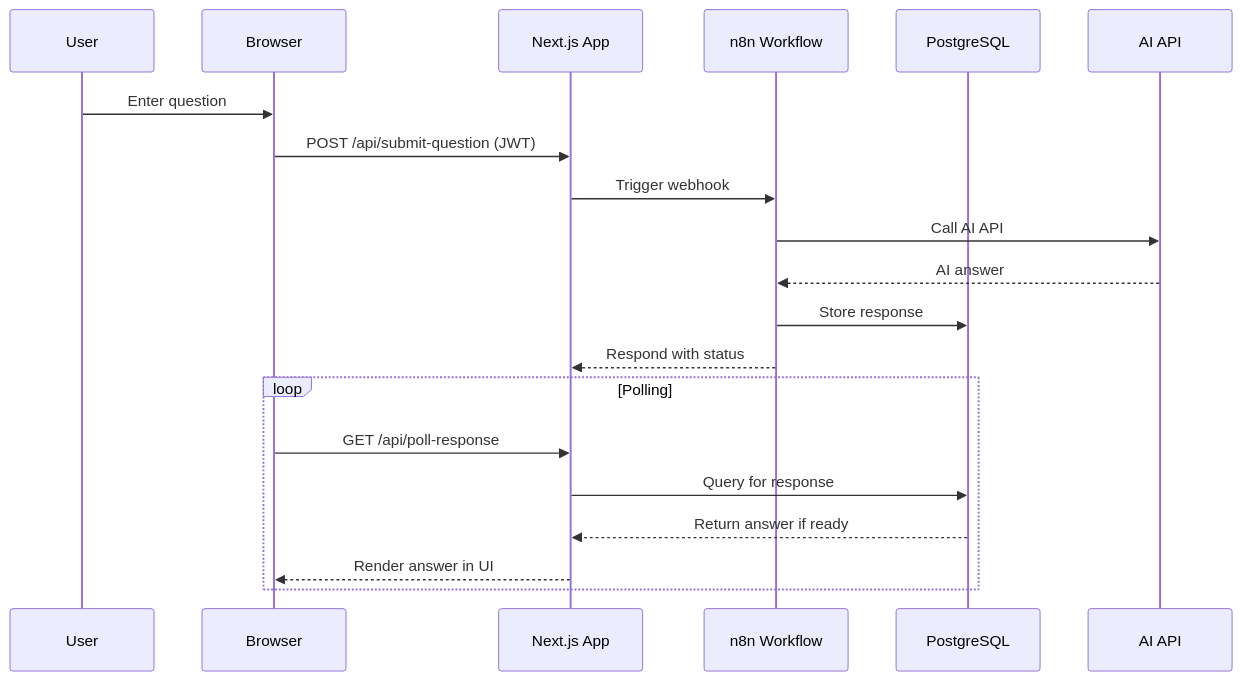
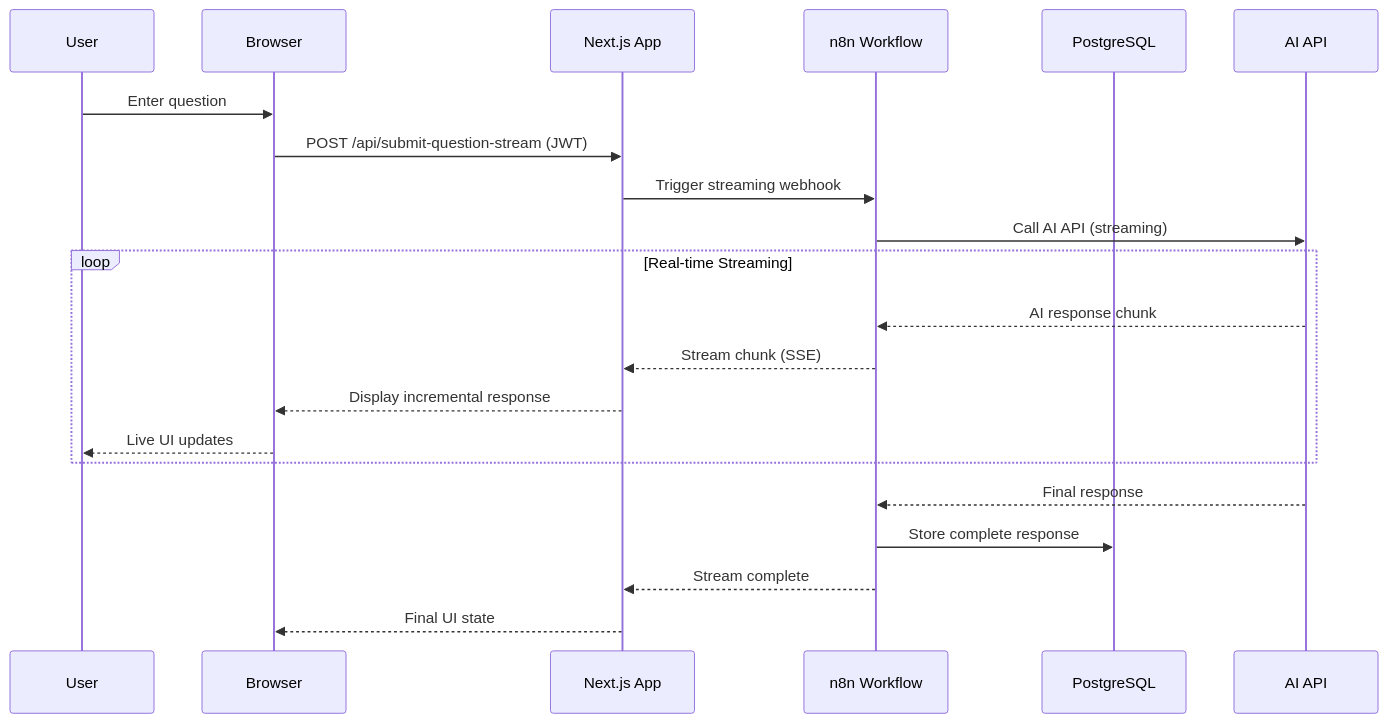
The second of 2 diagrams in README.md (DanielMadsenDK/servicenow-helper), drawn with Mermaid before and after one commit. The commit also changed other lines of this file and 17 other files, not shown here.

First line of the commit message:
feat: Implement streaming functionality with enhanced UI and network status management

````diff
--- a/README.md
+++ b/README.md
@@ -82,24 +84,27 @@
 ```mermaid
 sequenceDiagram
     participant U as User
     participant B as Browser
     participant N as Next.js App
     participant W as n8n Workflow
     participant D as PostgreSQL
     participant A as AI API
 
     U->>B: Enter question
-    B->>N: POST /api/submit-question (JWT)
-    N->>W: Trigger webhook
-    W->>A: Call AI API
-    A-->>W: AI answer
-    W->>D: Store response
-    W-->>N: Respond with status
+    B->>N: POST /api/submit-question-stream (JWT)
+    N->>W: Trigger streaming webhook
     
-    loop Polling
-        B->>N: GET /api/poll-response
-        N->>D: Query for response
-        D-->>N: Return answer if ready
-        N-->>B: Render answer in UI
+    W->>A: Call AI API (streaming)
+    
+    loop Real-time Streaming
+        A-->>W: AI response chunk
+        W-->>N: Stream chunk (SSE)
+        N-->>B: Display incremental response
+        B-->>U: Live UI updates
     end
+    
+    A-->>W: Final response
+    W->>D: Store complete response
+    W-->>N: Stream complete
+    N-->>B: Final UI state
 ```
````
